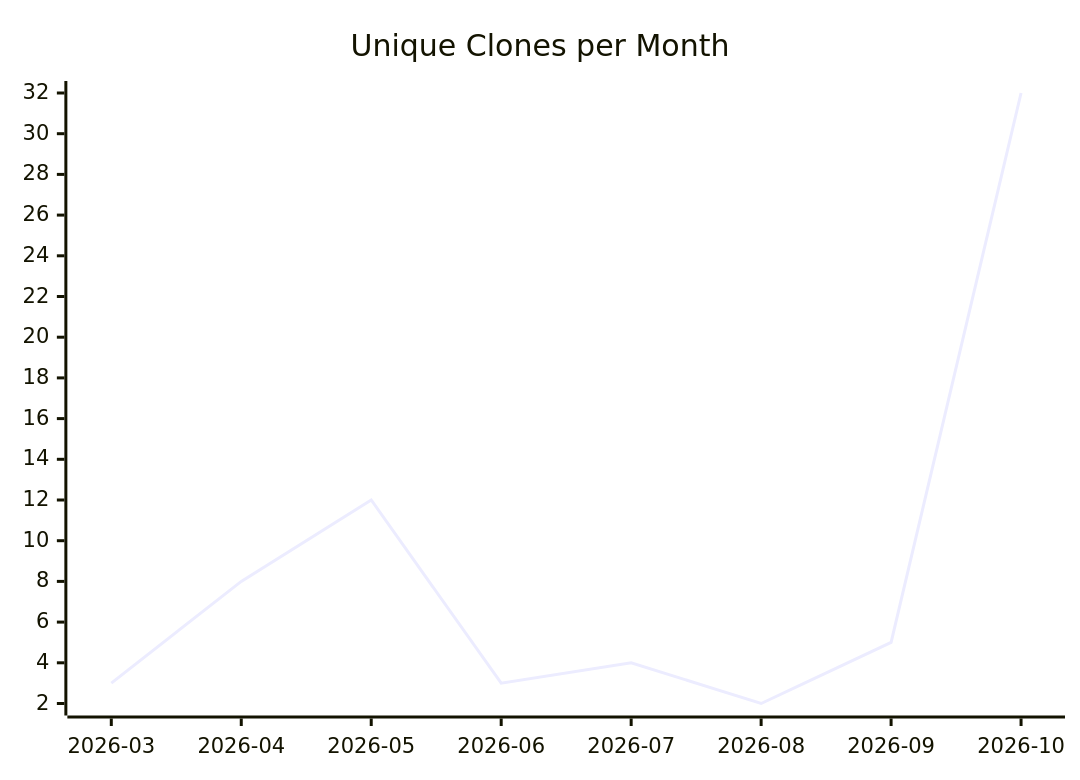
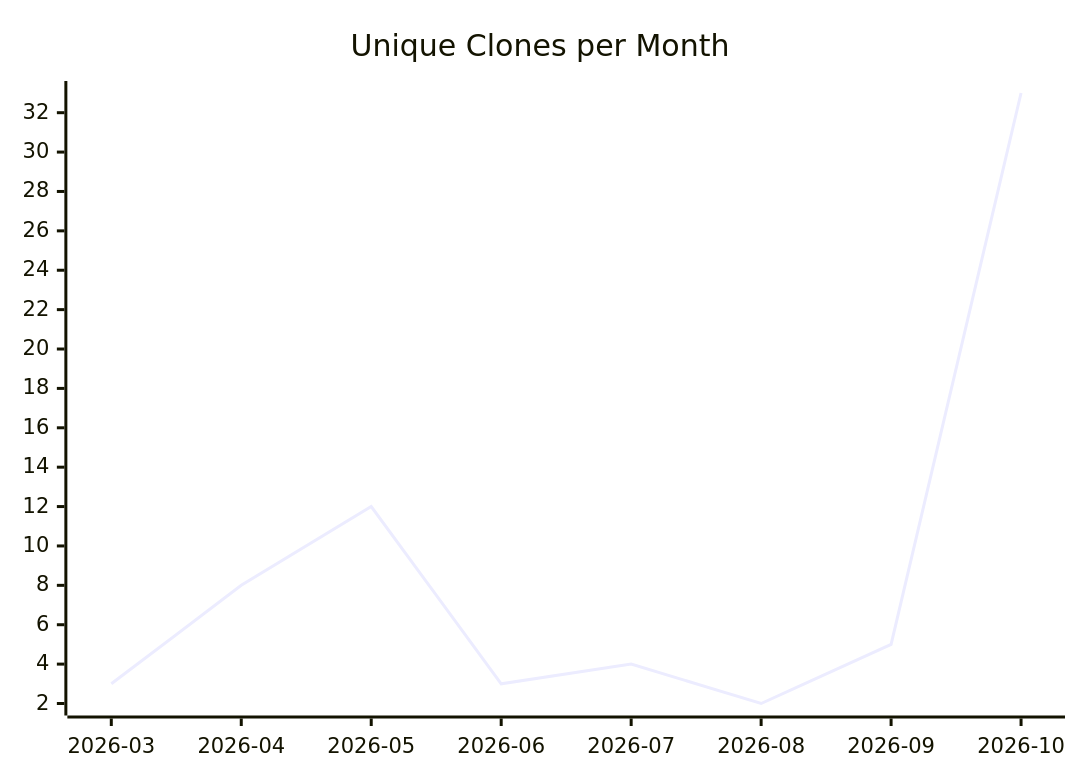
The third of 3 diagrams in karlmdavis/puppet-sonar/README.md (justdavis-family/github-analytics-data), drawn with Mermaid before and after one commit. The commit also changed other lines of this file and 196 other files, not shown here.

````diff
--- a/karlmdavis/puppet-sonar/README.md
+++ b/karlmdavis/puppet-sonar/README.md
@@ -19,6 +19,6 @@
 ```mermaid
 xychart-beta
   title "Unique Clones per Month"
   x-axis ["2026-03", "2026-04", "2026-05", "2026-06", "2026-07", "2026-08", "2026-09", "2026-10"]
-  line [3, 8, 12, 3, 4, 2, 5, 32]
+  line [3, 8, 12, 3, 4, 2, 5, 33]
 ```
````
